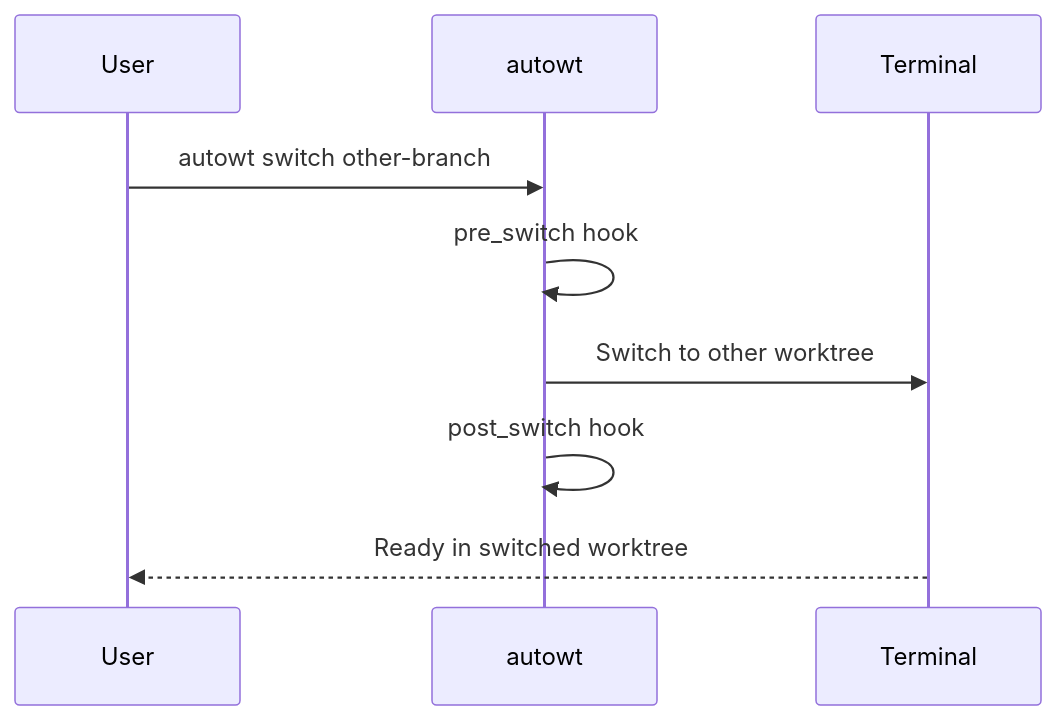
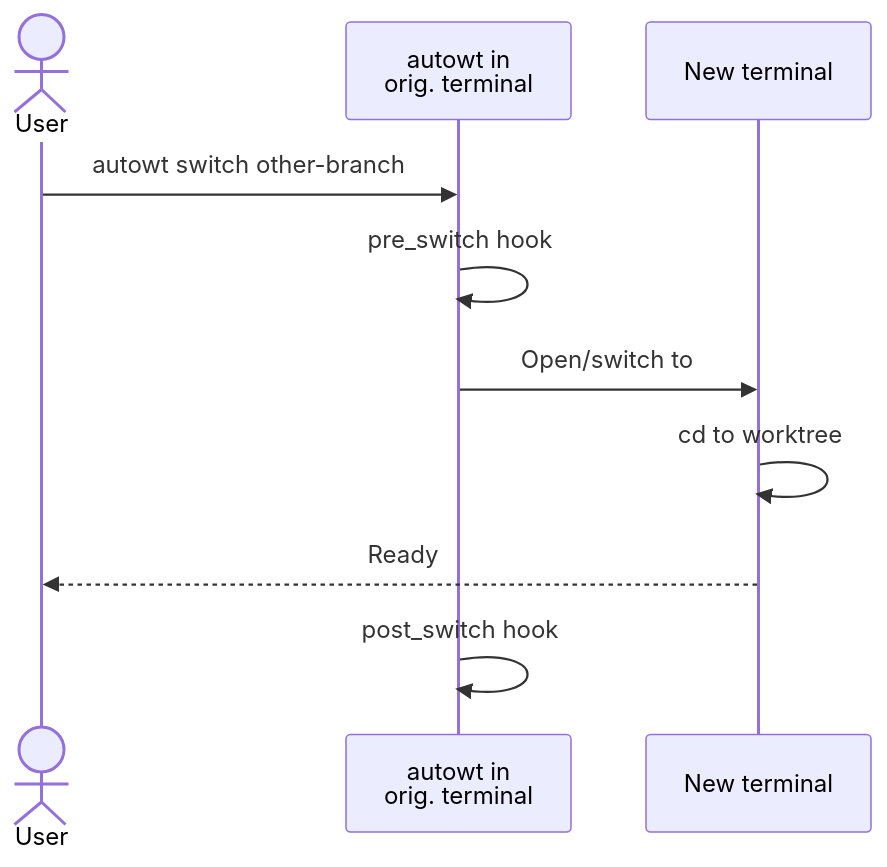
One commit to irskep/autowt changed the second of 3 diagrams in docs/lifecyclehooks.md. Above: the diagram before and after it, drawn with Mermaid. The commit also changed other lines of this file, not shown here.

Commit message:
Aspiration lifecycle hooks diagram

````diff
--- a/docs/lifecyclehooks.md
+++ b/docs/lifecyclehooks.md
@@ -94,12 +96,13 @@
 ```mermaid
 sequenceDiagram
-    participant User
-    participant autowt
-    participant Terminal
+    actor User
+    participant autowt as autowt in<br>orig. terminal
+    participant Terminal as New terminal
 
     User->>autowt: autowt switch other-branch
     autowt->>autowt: pre_switch hook
-    autowt->>Terminal: Switch to other worktree
+    autowt->>Terminal: Open/switch to
+    Terminal->>Terminal: cd to worktree
+    Terminal-->>User: Ready
     autowt->>autowt: post_switch hook
-    Terminal-->>User: Ready in switched worktree
 ```
````
